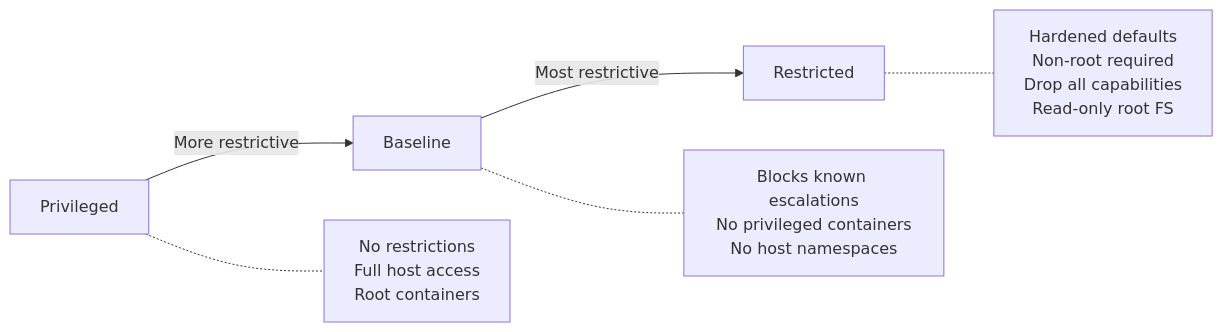
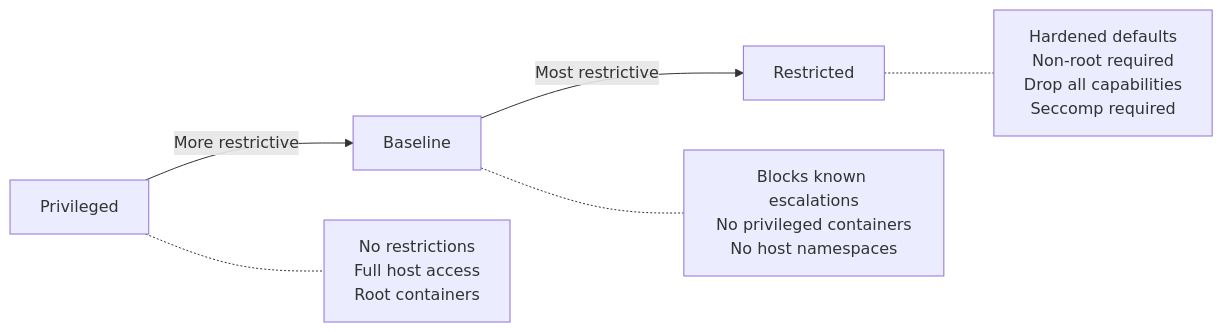
Before and after one commit to OneUptime/blog: the first of 2 diagrams in posts/2026-02-20-kubernetes-pod-security-standards/README.md, drawn with Mermaid. The commit also changed other lines of this file and 2 other files, not shown here.

````diff
--- a/posts/2026-02-20-kubernetes-pod-security-standards/README.md
+++ b/posts/2026-02-20-kubernetes-pod-security-standards/README.md
@@ -17,9 +17,9 @@
 ```mermaid
 flowchart LR
     A[Privileged] -->|More restrictive| B[Baseline]
     B -->|Most restrictive| C[Restricted]
 
     A -.- D["No restrictions<br/>Full host access<br/>Root containers"]
     B -.- E["Blocks known escalations<br/>No privileged containers<br/>No host namespaces"]
-    C -.- F["Hardened defaults<br/>Non-root required<br/>Drop all capabilities<br/>Read-only root FS"]
+    C -.- F["Hardened defaults<br/>Non-root required<br/>Drop all capabilities<br/>Seccomp required"]
 ```
````
